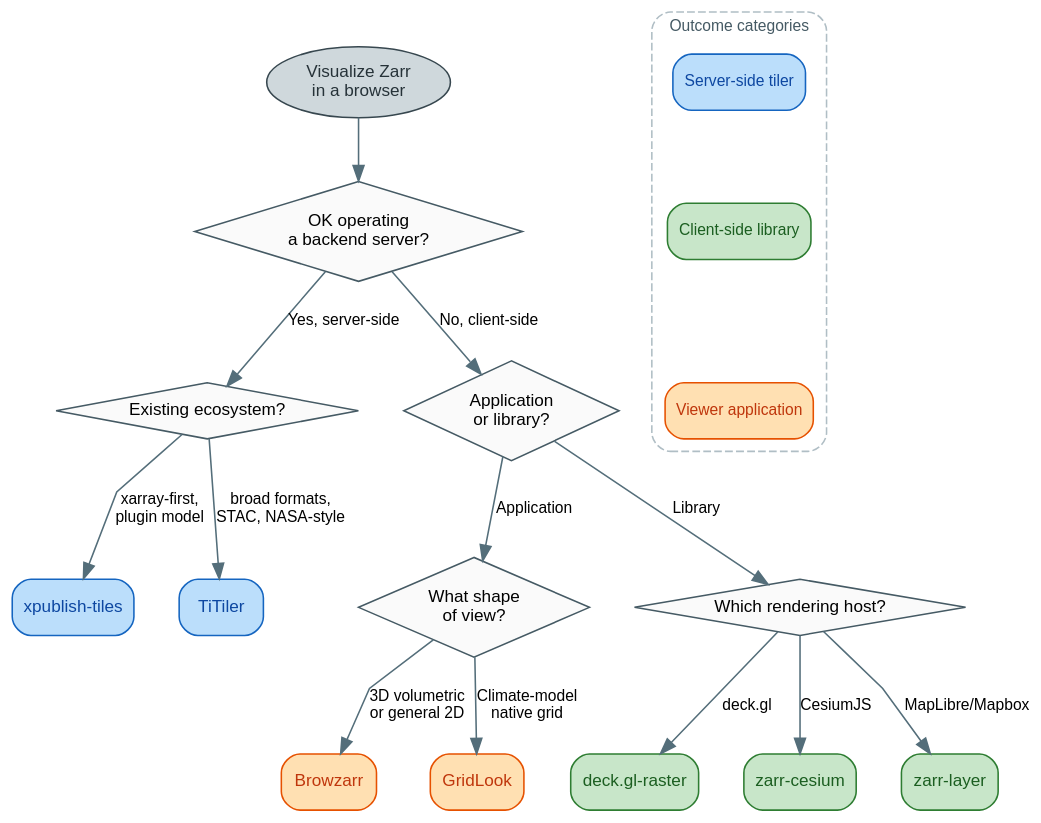
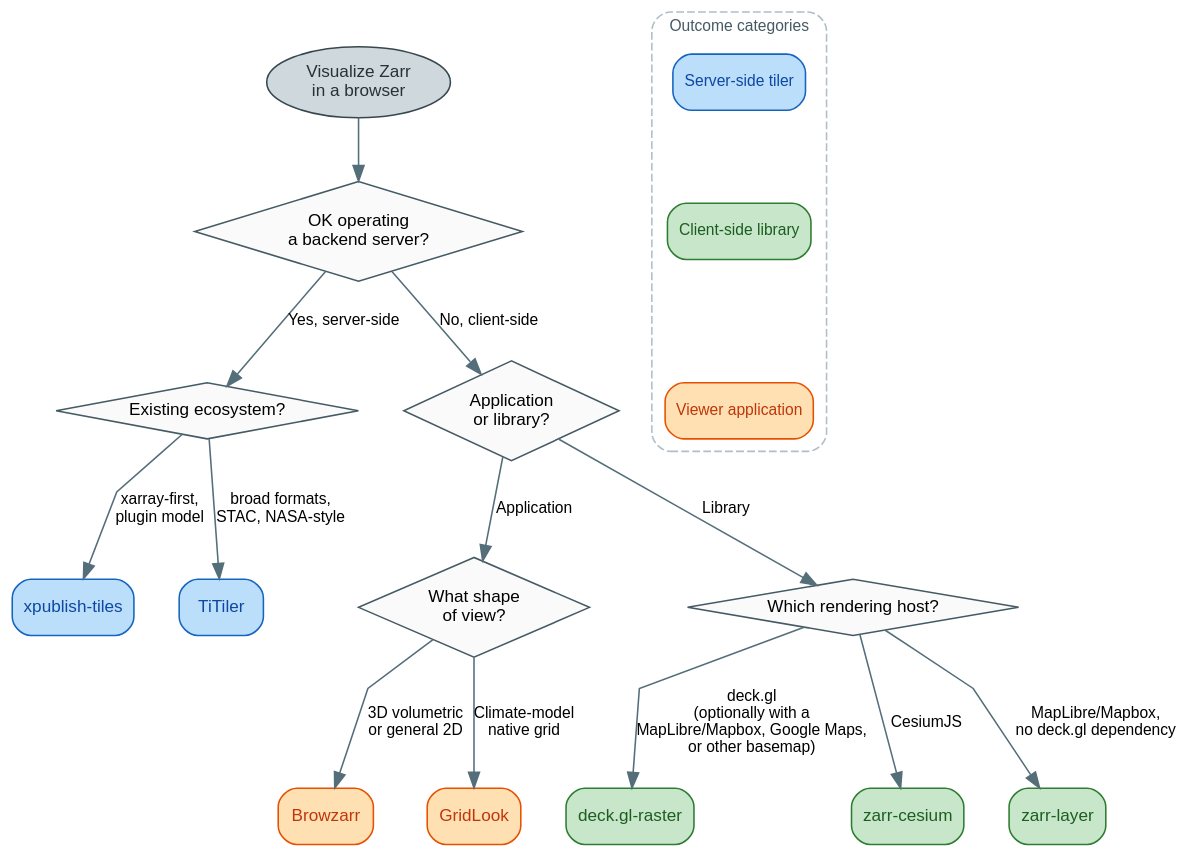
One commit to developmentseed/datacube-guide changed the diagram in docs/visualization/images/decision-tree.dot. Above: the diagram before and after it, drawn with Graphviz. The commit also changed 1 other file, not shown here.

Commit message:
Update flowchart

```diff
--- a/docs/visualization/images/decision-tree.dot
+++ b/docs/visualization/images/decision-tree.dot
@@ -1,88 +1,88 @@
 // Decision tree for selecting a Zarr visualization approach.
 // Render with:  dot -Tsvg decision-tree.dot -o decision-tree.svg
 
 digraph DecisionTree {
     rankdir=TB
     bgcolor="transparent"
     nodesep=0.4
     ranksep=0.55
     splines=polyline
 
     node [fontname="Helvetica,Arial,sans-serif" fontsize=11]
     edge [fontname="Helvetica,Arial,sans-serif" fontsize=10 color="#546E7A"]
 
     // Entry point
     Start [label="Visualize Zarr\nin a browser" shape=ellipse style=filled
            fillcolor="#CFD8DC" color="#37474F" fontcolor="#263238"]
 
     // Questions (diamonds)
     Q2  [label="OK operating\na backend server?"
          shape=diamond style=filled fillcolor="#FAFAFA" color="#455A64"]
     Q2a [label="Existing ecosystem?"
          shape=diamond style=filled fillcolor="#FAFAFA" color="#455A64"]
     Q3  [label="Application\nor library?"
          shape=diamond style=filled fillcolor="#FAFAFA" color="#455A64"]
     Q3a [label="What shape\nof view?"
          shape=diamond style=filled fillcolor="#FAFAFA" color="#455A64"]
     Q4  [label="Which rendering host?"
          shape=diamond style=filled fillcolor="#FAFAFA" color="#455A64"]
 
     // Server-side (blue)
     Xpub [label="xpublish-tiles" shape=box style="rounded,filled"
           fillcolor="#BBDEFB" color="#1565C0" fontcolor="#0D47A1"]
     Tit  [label="TiTiler" shape=box style="rounded,filled"
           fillcolor="#BBDEFB" color="#1565C0" fontcolor="#0D47A1"]
 
     // Client-side libraries (green)
     Deck [label="deck.gl-raster" shape=box style="rounded,filled"
           fillcolor="#C8E6C9" color="#2E7D32" fontcolor="#1B5E20"]
     Ces  [label="zarr-cesium" shape=box style="rounded,filled"
           fillcolor="#C8E6C9" color="#2E7D32" fontcolor="#1B5E20"]
     ZL   [label="zarr-layer" shape=box style="rounded,filled"
           fillcolor="#C8E6C9" color="#2E7D32" fontcolor="#1B5E20"]
 
     // Client-side applications (orange)
     Brow [label="Browzarr" shape=box style="rounded,filled"
           fillcolor="#FFE0B2" color="#E65100" fontcolor="#BF360C"]
     Grid [label="GridLook" shape=box style="rounded,filled"
           fillcolor="#FFE0B2" color="#E65100" fontcolor="#BF360C"]
 
     // Edges
     Start -> Q2
 
     Q2 -> Q2a [label="Yes, server-side"]
     Q2 -> Q3  [label="No, client-side"]
 
     Q2a -> Xpub [label="xarray-first,\nplugin model"]
     Q2a -> Tit  [label="broad formats,\nSTAC, NASA-style"]
 
     Q3 -> Q3a [label="Application"]
     Q3 -> Q4  [label="Library"]
 
     Q3a -> Brow [label="3D volumetric\nor general 2D"]
     Q3a -> Grid [label="Climate-model\nnative grid"]
 
-    Q4 -> Deck [label="deck.gl"]
+    Q4 -> Deck [label="deck.gl\n(optionally with a\nMapLibre/Mapbox, Google Maps,\nor other basemap)"]
     Q4 -> Ces  [label="CesiumJS"]
-    Q4 -> ZL   [label="MapLibre/Mapbox"]
+    Q4 -> ZL   [label="MapLibre/Mapbox,\nno deck.gl dependency"]
 
     // Legend (subgraph cluster)
     subgraph cluster_legend {
         label="Outcome categories"
         labelloc="t"
         fontname="Helvetica,Arial,sans-serif"
         fontsize=10
         fontcolor="#455A64"
         style="rounded,dashed"
         color="#B0BEC5"
 
         L_server [label="Server-side tiler" shape=box style="rounded,filled"
                   fillcolor="#BBDEFB" color="#1565C0" fontcolor="#0D47A1" fontsize=10]
         L_lib    [label="Client-side library" shape=box style="rounded,filled"
                   fillcolor="#C8E6C9" color="#2E7D32" fontcolor="#1B5E20" fontsize=10]
         L_app    [label="Viewer application" shape=box style="rounded,filled"
                   fillcolor="#FFE0B2" color="#E65100" fontcolor="#BF360C" fontsize=10]
 
         L_server -> L_lib -> L_app [style=invis]
     }
 }
```
